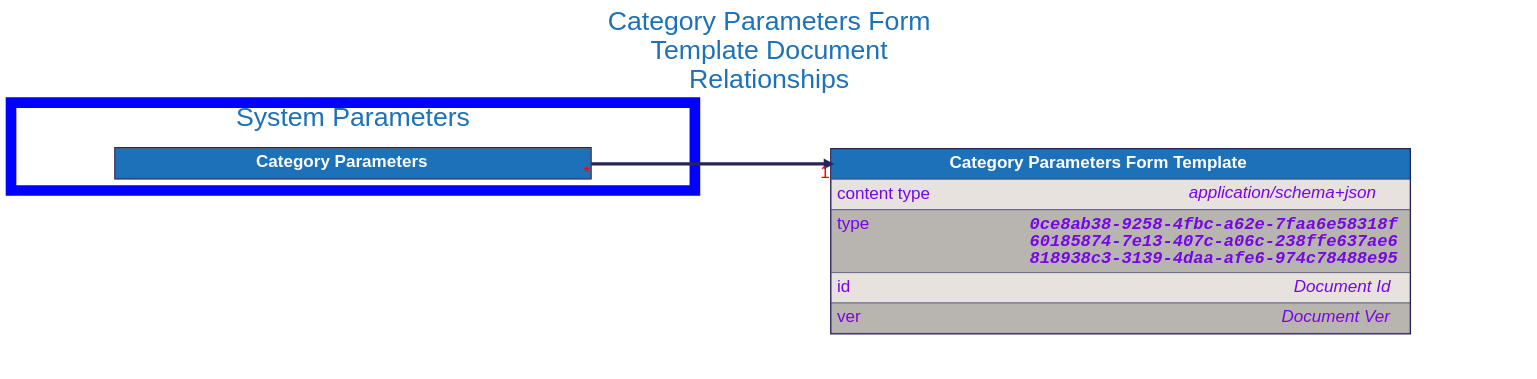
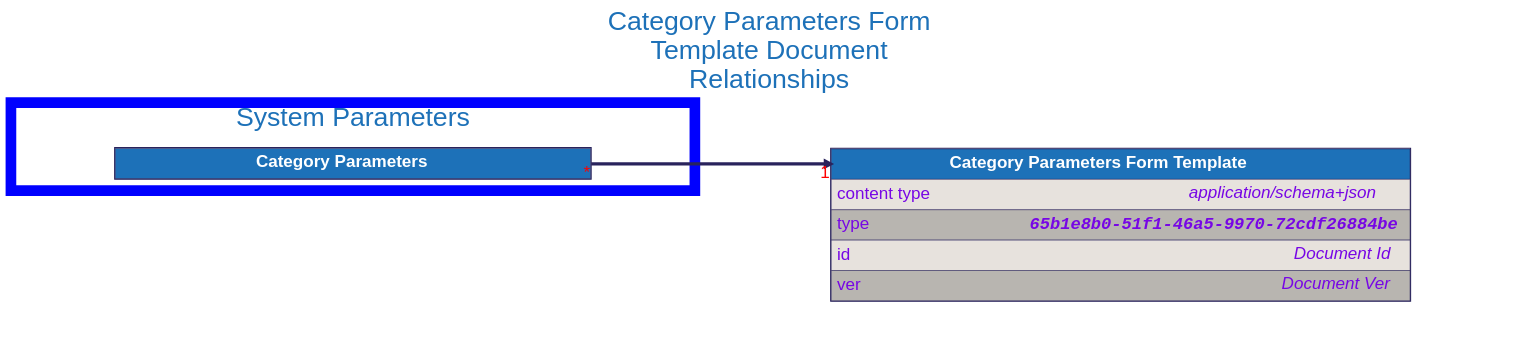
One commit to input-output-hk/catalyst-libs changed the diagram in docs/src/architecture/08_concepts/signed_doc/diagrams/category_parameters_form_template.dot. Above: the diagram before and after it, drawn with Graphviz. The commit also changed 57 other files, not shown here.

```diff
--- a/docs/src/architecture/08_concepts/signed_doc/diagrams/category_parameters_form_template.dot
+++ b/docs/src/architecture/08_concepts/signed_doc/diagrams/category_parameters_form_template.dot
@@ -1,94 +1,94 @@
 digraph "Category Parameters Form Template" {
     rankdir="LR"
     graph [fontname="helvetica", fontsize="32", fontcolor="#29235c", bgcolor="white"];
     node [penwidth="0", margin="0", fontname="helvetica", fontsize="32", fontcolor="#29235c"];
     edge [fontname="helvetica", fontsize="32", fontcolor="red", color="#29235c"];
 
     labelloc="t"
     label="Category Parameters Form
 Template Document
 Relationships"
     fontcolor="#1d71b8"
     fontsize=50
     compound=true
 
 
 
     "Category Parameters Form Template" [
         id="Category Parameters Form Template";
         label=<
             <TABLE BORDER="2" COLOR="#29235c" CELLBORDER="1" CELLSPACING="0" CELLPADDING="10">
             <TR>
                 <TD PORT="title" BGCOLOR="#1d71b8" HREF="../category_parameters_form_template/">
                     <FONT COLOR="#ffffff"><B> Category Parameters Form Template </B></FONT>
                 </TD>
             </TR>
             <TR>
                 <TD ALIGN="LEFT" PORT="content type" BGCOLOR="#e7e2dd">
                     <TABLE CELLPADDING="0" CELLSPACING="0" BORDER="0">
                         <TR>
                             <TD ALIGN="LEFT" VALIGN="TOP" WIDTH="200"><FONT COLOR="#7706E5">content type</FONT></TD>
                             <TD ALIGN="RIGHT"><FONT COLOR="#7706E5"><I>application/schema+json</I></FONT></TD>
                         </TR>
                     </TABLE>
                 </TD>
             </TR>
             <TR>
                 <TD ALIGN="LEFT" PORT="type" BGCOLOR="#b8b5b0">
                     <TABLE CELLPADDING="0" CELLSPACING="0" BORDER="0">
                         <TR>
                             <TD ALIGN="LEFT" VALIGN="TOP" WIDTH="200"><FONT COLOR="#7706E5">type</FONT></TD>
-                            <TD ALIGN="RIGHT"><FONT FACE="Courier" COLOR="#7706E5"><B><I>0ce8ab38-9258-4fbc-a62e-7faa6e58318f<BR />60185874-7e13-407c-a06c-238ffe637ae6<BR />818938c3-3139-4daa-afe6-974c78488e95</I></B></FONT></TD>
+                            <TD ALIGN="RIGHT"><FONT FACE="Courier" COLOR="#7706E5"><B><I>65b1e8b0-51f1-46a5-9970-72cdf26884be</I></B></FONT></TD>
                         </TR>
                     </TABLE>
                 </TD>
             </TR>
             <TR>
                 <TD ALIGN="LEFT" PORT="id" BGCOLOR="#e7e2dd">
                     <TABLE CELLPADDING="0" CELLSPACING="0" BORDER="0">
                         <TR>
                             <TD ALIGN="LEFT" VALIGN="TOP" WIDTH="200"><FONT COLOR="#7706E5">id</FONT></TD>
                             <TD ALIGN="RIGHT"><FONT COLOR="#7706E5"><I>Document Id</I></FONT></TD>
                         </TR>
                     </TABLE>
                 </TD>
             </TR>
             <TR>
                 <TD ALIGN="LEFT" PORT="ver" BGCOLOR="#b8b5b0">
                     <TABLE CELLPADDING="0" CELLSPACING="0" BORDER="0">
                         <TR>
                             <TD ALIGN="LEFT" VALIGN="TOP" WIDTH="200"><FONT COLOR="#7706E5">ver</FONT></TD>
                             <TD ALIGN="RIGHT"><FONT COLOR="#7706E5"><I>Document Ver</I></FONT></TD>
                         </TR>
                     </TABLE>
                 </TD>
             </TR>
 
             </TABLE>
         >
     ];
 
 
     subgraph cluster_system_parameters {
         label = "System Parameters";
         color=blue
         penwidth=20
 
         "Category Parameters" [
             id="Category Parameters";
             label=<
                 <TABLE BORDER="2" COLOR="#29235c" CELLBORDER="1" CELLSPACING="0" CELLPADDING="10">
                 <TR>
                     <TD PORT="title" BGCOLOR="#1d71b8" HREF="../category_parameters/">
                         <FONT COLOR="#ffffff"><B> Category Parameters </B></FONT>
                     </TD>
                 </TR>
 
                 </TABLE>
             >
         ];
 
     }
 
     "Category Parameters":"title":e -> "Category Parameters Form Template":"title":w [dir=forward, penwidth=6, color="#29235c", headlabel="1", taillabel="*"]
 }
```
